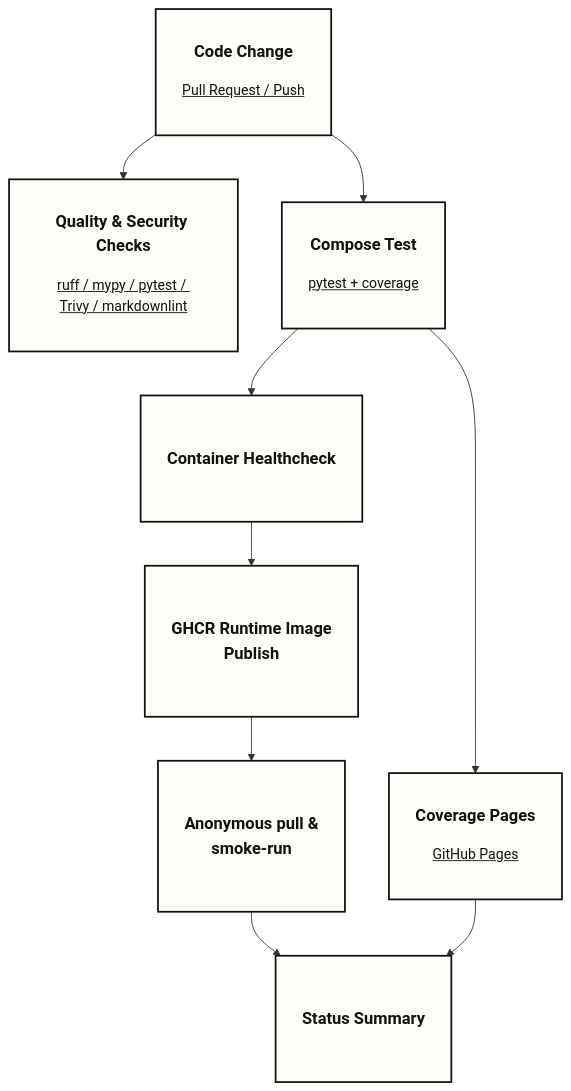
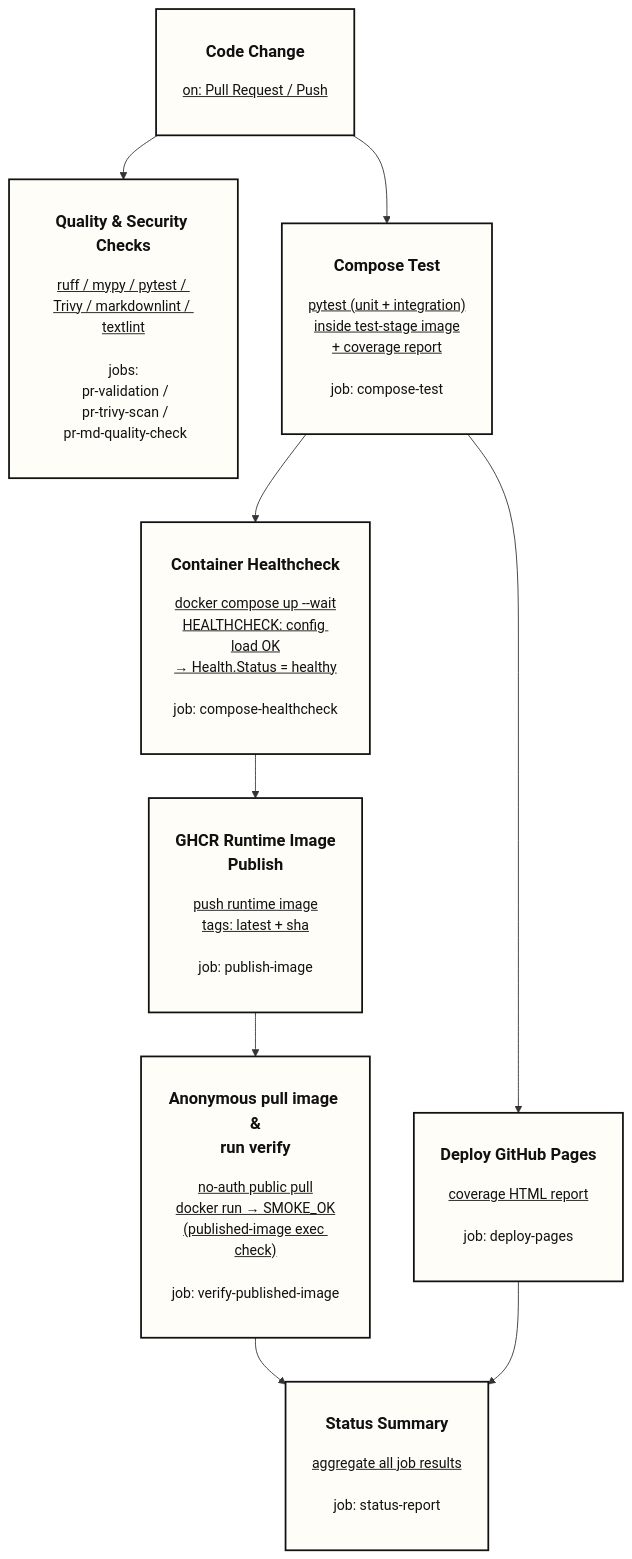
The second of 4 diagrams in README.md (yaoki-dev/api-test-devops-portfolio), drawn with Mermaid before and after one commit. The commit also changed other lines of this file and 6 other files, not shown here.

````diff
--- a/README.md
+++ b/README.md
@@ -132,24 +138,28 @@
 ```mermaid
 flowchart TD
-    A["<h3>Code Change</h3><u>Pull Request / Push</u>
-    <br/>"] --> B["<h3>Quality & Security Checks</h3><u>ruff / mypy / pytest / <br/>Trivy / markdownlint</u>
+    A["<h3>Code Change</h3><u>on: Pull Request / Push</u>
+    <br/>"] --> B["<h3>Quality & Security Checks</h3><u>ruff / mypy / pytest / <br/>Trivy / markdownlint / textlint</u><br/><br/>jobs:<br/> pr-validation /<br/> pr-trivy-scan /<br/> pr-md-quality-check
     <br/>"]
 
-    A --> C["<h3>Compose Test</h3><u>pytest + coverage</u>
+    A --> C["<h3>Compose Test</h3><u>pytest (unit + integration)<br/>inside test-stage image<br/>+ coverage report</u><br/><br/>job: compose-test
     <br/>"]
 
-    C --> D["<h3>Coverage Pages</h3><u>GitHub Pages</u>
+    C --> D["<h3>Deploy GitHub Pages</h3><u>coverage HTML report</u><br/><br/>job: deploy-pages
     <br/>"]
-    C --> E["<br/><h3>Container Healthcheck</h3><br/>"]
+    C --> E["<h3>Container Healthcheck</h3><u>docker compose up --wait<br/>HEALTHCHECK: config load OK<br/>→ Health.Status = healthy</u><br/><br/>job: compose-healthcheck
+    <br/>"]
 
-    E --> F["<br/><h3>GHCR Runtime Image<br/>Publish</h3><br/>"]
-    F --> G["<br/><h3>Anonymous pull &<br/> smoke-run</h3><br/>"]
-    G --> H["<br/><h3>Status Summary</h3><br/>"]
+    E --> F["<h3>GHCR Runtime Image<br/>Publish</h3><u>push runtime image<br/>tags: latest + sha</u><br/><br/>job: publish-image
+    <br/>"]
+    F --> G["<h3>Anonymous pull image &<br/>run verify</h3><u>no-auth public pull<br/>docker run → SMOKE_OK<br/>(published-image exec check)</u><br/><br/>job: verify-published-image
+    <br/>"]
+    G --> H["<h3>Status Summary</h3><u>aggregate all job results</u><br/><br/>job: status-report
+    <br/>"]
 
     D --> H
 
     classDef default fill:#F7F3EA,stroke:#111,stroke-width:1.5px,color:#111;
     classDef key fill:#FFFDF7,stroke:#111,stroke-width:2px,color:#111;
 
     class A,B,C,D,E,F,G,H key;
 ```
````
